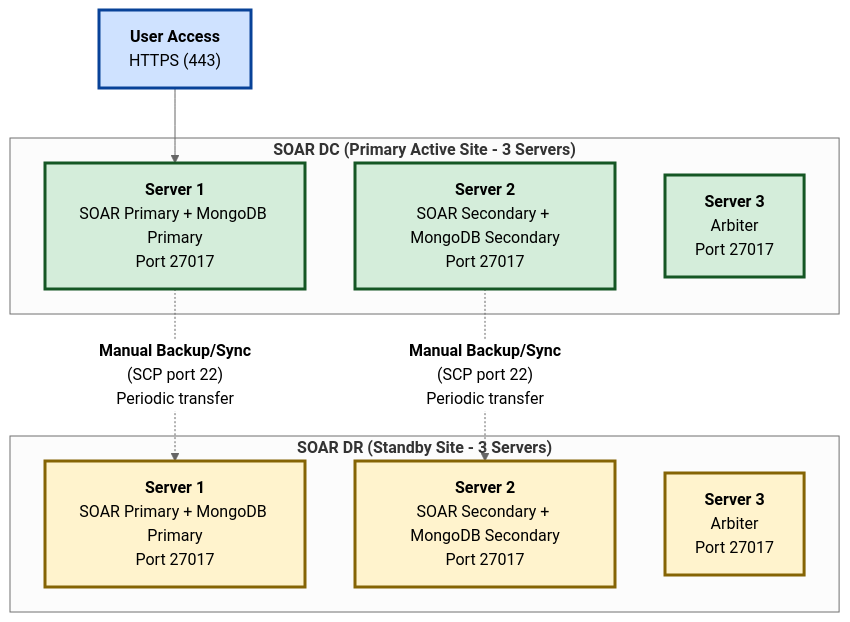
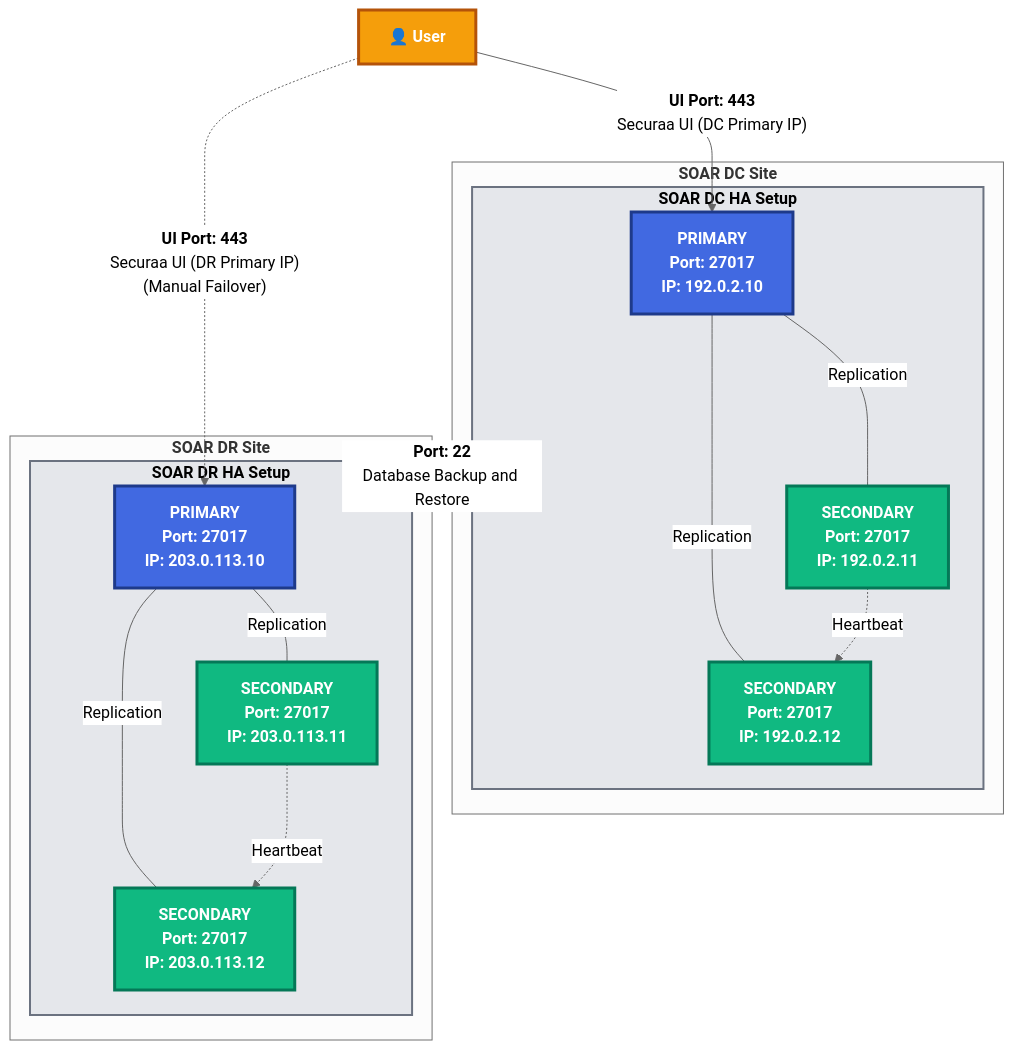
One commit to Vishwa0220/customers-docs changed the first of 11 diagrams in HA_DR_Architecture_Documentation_dt.md. Above: the diagram before and after it, drawn with Mermaid (neutral theme). The commit also changed other lines of this file, not shown here.

````diff
--- a/HA_DR_Architecture_Documentation_dt.md
+++ b/HA_DR_Architecture_Documentation_dt.md
@@ -36,31 +36,45 @@
 ```mermaid
 graph TB
-    subgraph DC["<b>SOAR DC (Primary Active Site - 3 Servers)</b>"]
-        DC_SRV1["<b>Server 1</b><br/>SOAR Primary + MongoDB Primary<br/>Port 27017"]
-        DC_SRV2["<b>Server 2</b><br/>SOAR Secondary + MongoDB Secondary<br/>Port 27017"]
-        DC_SRV3["<b>Server 3</b><br/>Arbiter<br/>Port 27017"]
+    subgraph DC["<b>SOAR DC Site</b>"]
+        subgraph DC_HA["<b>SOAR DC HA Setup</b>"]
+            DC_PRI["<b>PRIMARY</b><br/>Port: 27017<br/>IP: 192.0.2.10"]
+            DC_SEC1["<b>SECONDARY</b><br/>Port: 27017<br/>IP: 192.0.2.11"]
+            DC_SEC2["<b>SECONDARY</b><br/>Port: 27017<br/>IP: 192.0.2.12"]
+            
+            DC_PRI ---|"Replication"| DC_SEC1
+            DC_PRI ---|"Replication"| DC_SEC2
+            DC_SEC1 -.->|"Heartbeat"| DC_SEC2
+        end
     end
 
-    subgraph DR["<b>SOAR DR (Standby Site - 3 Servers)</b>"]
-        DR_SRV1["<b>Server 1</b><br/>SOAR Primary + MongoDB Primary<br/>Port 27017"]
-        DR_SRV2["<b>Server 2</b><br/>SOAR Secondary + MongoDB Secondary<br/>Port 27017"]
-        DR_SRV3["<b>Server 3</b><br/>Arbiter<br/>Port 27017"]
+    subgraph DR["<b>SOAR DR Site</b>"]
+        subgraph DR_HA["<b>SOAR DR HA Setup</b>"]
+            DR_PRI["<b>PRIMARY</b><br/>Port: 27017<br/>IP: 203.0.113.10"]
+            DR_SEC1["<b>SECONDARY</b><br/>Port: 27017<br/>IP: 203.0.113.11"]
+            DR_SEC2["<b>SECONDARY</b><br/>Port: 27017<br/>IP: 203.0.113.12"]
+            
+            DR_PRI ---|"Replication"| DR_SEC1
+            DR_PRI ---|"Replication"| DR_SEC2
+            DR_SEC1 -.->|"Heartbeat"| DR_SEC2
+        end
     end
 
-    UserAccess["<b>User Access</b><br/>HTTPS (443)"]
+    USER["<b>👤 User</b>"]
 
-    %% Manual data sync paths (no automatic agents)
-    DC_SRV1 -.->|"<b>Manual Backup/Sync</b><br/>(SCP port 22)<br/>Periodic transfer"| DR_SRV1
-    DC_SRV2 -.->|"<b>Manual Backup/Sync</b><br/>(SCP port 22)<br/>Periodic transfer"| DR_SRV2
+    %% Cross-site backup/restore
+    DC -.->|"<b>Port: 22</b><br/>Database Backup and Restore"| DR
 
-    %% Access (only to active DC site)
-    UserAccess --> DC_SRV1
+    %% User access
+    USER -->|"<b>UI Port: 443</b><br/>Securaa UI (DC Primary IP)"| DC_PRI
+    USER -.->|"<b>UI Port: 443</b><br/>Securaa UI (DR Primary IP)<br/>(Manual Failover)"| DR_PRI
 
-    classDef dcStyle fill:#d4edda,stroke:#155724,stroke-width:3px,color:#000
-    classDef drStyle fill:#fff3cd,stroke:#856404,stroke-width:3px,color:#000
-    classDef userStyle fill:#cfe2ff,stroke:#084298,stroke-width:3px,color:#000
+    classDef primaryStyle fill:#4169e1,stroke:#1e3a8a,stroke-width:3px,color:#fff,font-weight:bold
+    classDef secondaryStyle fill:#10b981,stroke:#047857,stroke-width:3px,color:#fff,font-weight:bold
+    classDef userStyle fill:#f59e0b,stroke:#b45309,stroke-width:3px,color:#fff,font-weight:bold
+    classDef siteStyle fill:#e5e7eb,stroke:#6b7280,stroke-width:2px,color:#000
     
-    class DC_SRV1,DC_SRV2,DC_SRV3 dcStyle
-    class DR_SRV1,DR_SRV2,DR_SRV3 drStyle
-    class UserAccess userStyle
+    class DC_PRI,DR_PRI primaryStyle
+    class DC_SEC1,DC_SEC2,DR_SEC1,DR_SEC2 secondaryStyle
+    class USER userStyle
+    class DC_HA,DR_HA siteStyle
 ```
````
